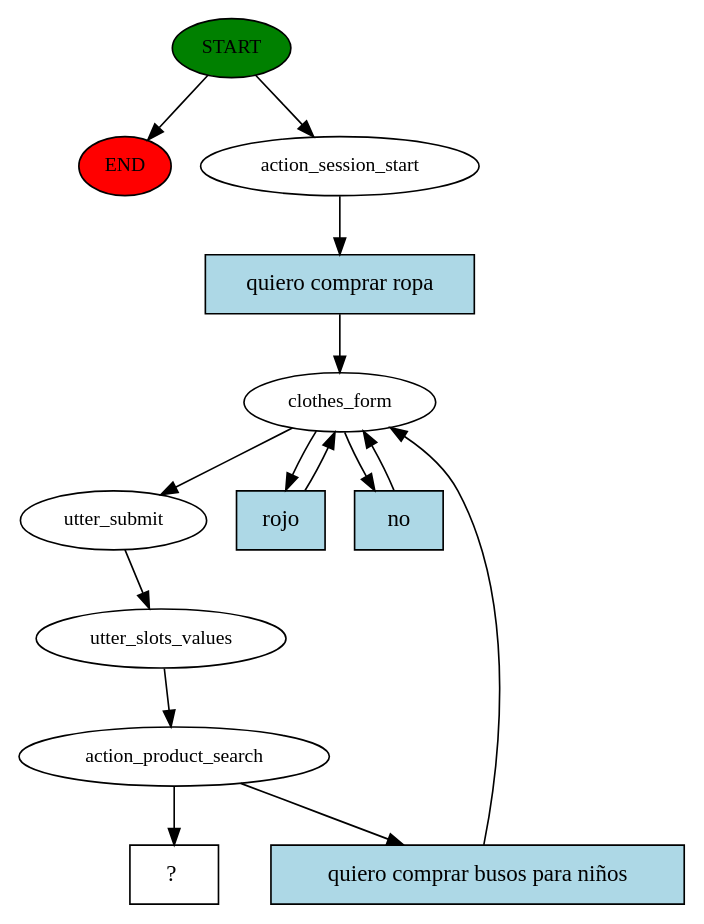
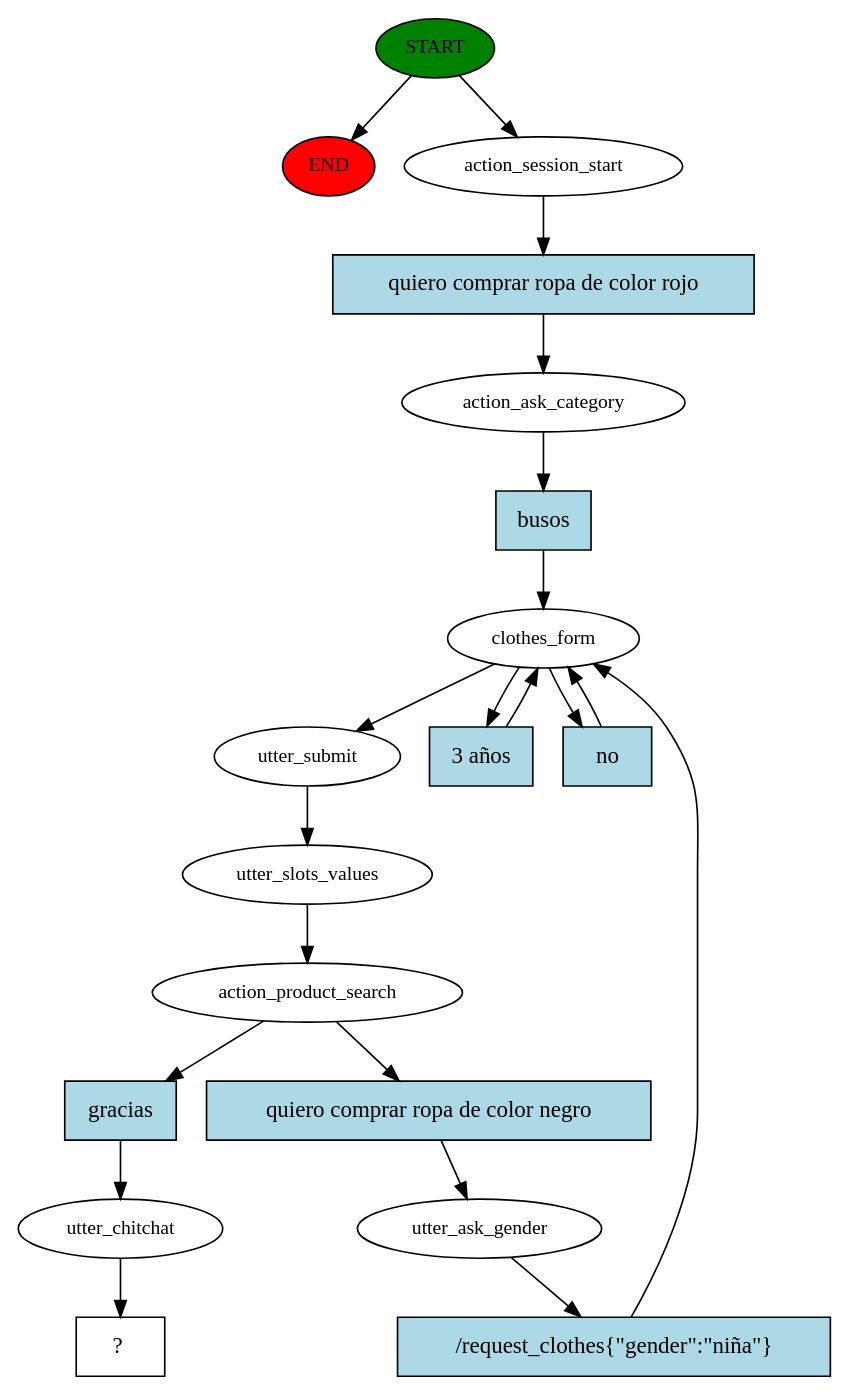
The diagram in chatbot/story_graph.dot (kabirivan/ChatBot-Clothes), drawn with Graphviz before and after one commit. The commit also changed 4 other files, not shown here.

```diff
--- a/chatbot/story_graph.dot
+++ b/chatbot/story_graph.dot
@@ -1,28 +1,40 @@
 digraph  {
 0 [class="start active", fillcolor=green, fontsize=12, label=START, style=filled];
 "-1" [class=end, fillcolor=red, fontsize=12, label=END, style=filled];
 1 [class=active, fontsize=12, label=action_session_start];
-2 [class=active, fontsize=12, label=clothes_form];
-8 [class=active, fontsize=12, label=utter_submit];
-9 [class=active, fontsize=12, label=utter_slots_values];
-10 [class=active, fontsize=12, label=action_product_search];
+2 [class=active, fontsize=12, label=action_ask_category];
+3 [class=active, fontsize=12, label=clothes_form];
+7 [class=active, fontsize=12, label=utter_submit];
+8 [class=active, fontsize=12, label=utter_slots_values];
+9 [class=active, fontsize=12, label=action_product_search];
+10 [class=active, fontsize=12, label=utter_ask_gender];
+18 [class=active, fontsize=12, label=utter_chitchat];
 19 [class="intent dashed active", label="  ?  ", shape=rect];
-20 [class="intent active", fillcolor=lightblue, label="quiero comprar ropa", shape=rect, style=filled];
-21 [class="intent active", fillcolor=lightblue, label=rojo, shape=rect, style=filled];
-22 [class="intent active", fillcolor=lightblue, label=no, shape=rect, style=filled];
-23 [class="intent active", fillcolor=lightblue, label="quiero comprar busos para niños", shape=rect, style=filled];
+20 [class="intent active", fillcolor=lightblue, label="quiero comprar ropa de color rojo", shape=rect, style=filled];
+21 [class="intent active", fillcolor=lightblue, label=busos, shape=rect, style=filled];
+22 [class="intent active", fillcolor=lightblue, label="3 años", shape=rect, style=filled];
+23 [class="intent active", fillcolor=lightblue, label=no, shape=rect, style=filled];
+24 [class="intent active", fillcolor=lightblue, label="quiero comprar ropa de color negro", shape=rect, style=filled];
+25 [class="intent active", fillcolor=lightblue, label=gracias, shape=rect, style=filled];
+26 [class="intent active", fillcolor=lightblue, label="/request_clothes{\"gender\":\"niña\"}", shape=rect, style=filled];
 0 -> "-1"  [class="", key=NONE, label=""];
 0 -> 1  [class=active, key=NONE, label=""];
 1 -> 20  [class=active, key=0];
-2 -> 8  [class=active, key=NONE, label=""];
 2 -> 21  [class=active, key=0];
-2 -> 22  [class=active, key=0];
+3 -> 7  [class=active, key=NONE, label=""];
+3 -> 22  [class=active, key=0];
+3 -> 23  [class=active, key=0];
+7 -> 8  [class=active, key=NONE, label=""];
 8 -> 9  [class=active, key=NONE, label=""];
-9 -> 10  [class=active, key=NONE, label=""];
-10 -> 19  [class=active, key=NONE, label=""];
-10 -> 23  [class=active, key=0];
+9 -> 24  [class=active, key=0];
+9 -> 25  [class=active, key=0];
+10 -> 26  [class=active, key=0];
+18 -> 19  [class=active, key=NONE, label=""];
 20 -> 2  [class=active, key=0];
-21 -> 2  [class=active, key=0];
-22 -> 2  [class=active, key=0];
-23 -> 2  [class=active, key=0];
+21 -> 3  [class=active, key=0];
+22 -> 3  [class=active, key=0];
+23 -> 3  [class=active, key=0];
+24 -> 10  [class=active, key=0];
+25 -> 18  [class=active, key=0];
+26 -> 3  [class=active, key=0];
 }
```
